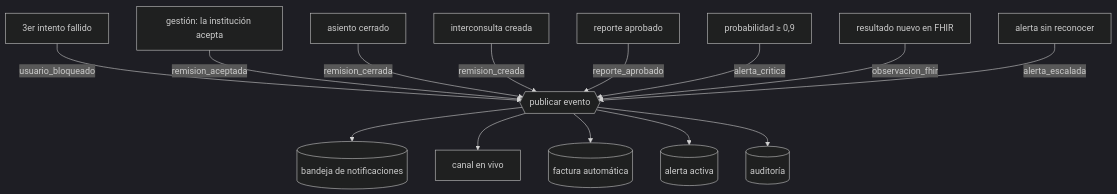
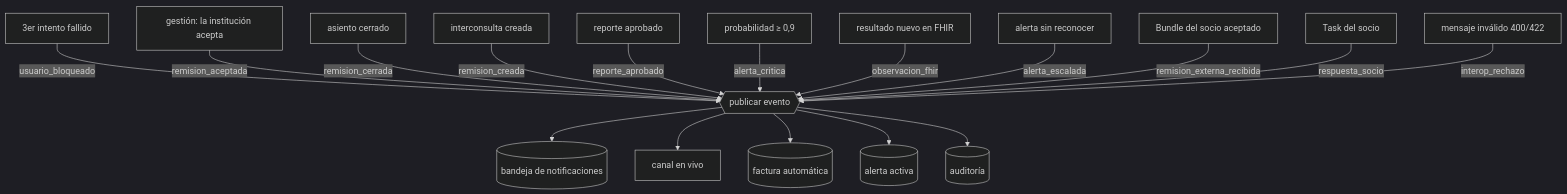
One commit to Laura25a/TrazaRedHUV changed the second of 3 diagrams in README.md. Above: the diagram before and after it, drawn with Mermaid (dark theme). The commit also changed other lines of this file, not shown here.

````diff
--- a/README.md
+++ b/README.md
@@ -264,16 +335,19 @@
 ```mermaid
 flowchart TD
     A[3er intento fallido] -->|usuario_bloqueado| P{{publicar evento}}
     G[gestión: la institución acepta] -->|remision_aceptada| P
     C[asiento cerrado] -->|remision_cerrada| P
     R1[interconsulta creada] -->|remision_creada| P
     I1[reporte aprobado] -->|reporte_aprobado| P
     I2[probabilidad ≥ 0,9] -->|alerta_critica| P
     F[resultado nuevo en FHIR] -->|observacion_fhir| P
     T[alerta sin reconocer] -->|alerta_escalada| P
+    X1[Bundle del socio aceptado] -->|remision_externa_recibida| P
+    X2[Task del socio] -->|respuesta_socio| P
+    X3[mensaje inválido 400/422] -->|interop_rechazo| P
     P --> B[(bandeja de notificaciones)]
     P --> S[canal en vivo]
     P --> FA[(factura automática)]
     P --> AL[(alerta activa)]
     P --> AU[(auditoría)]
 ```
````
